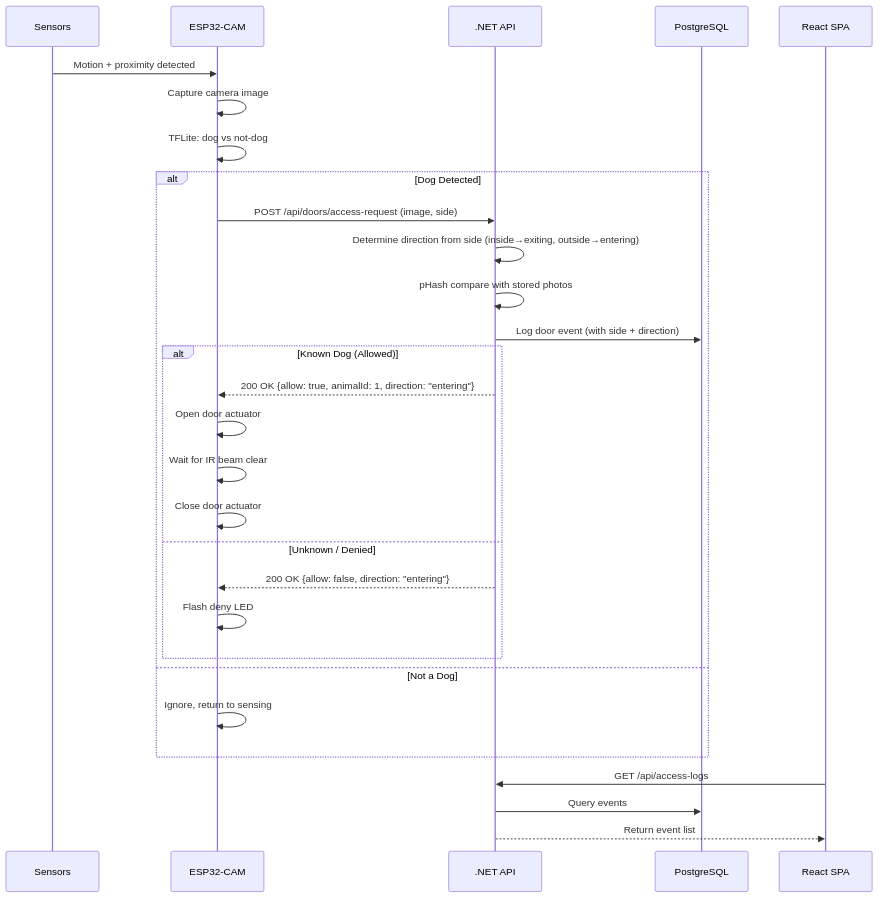
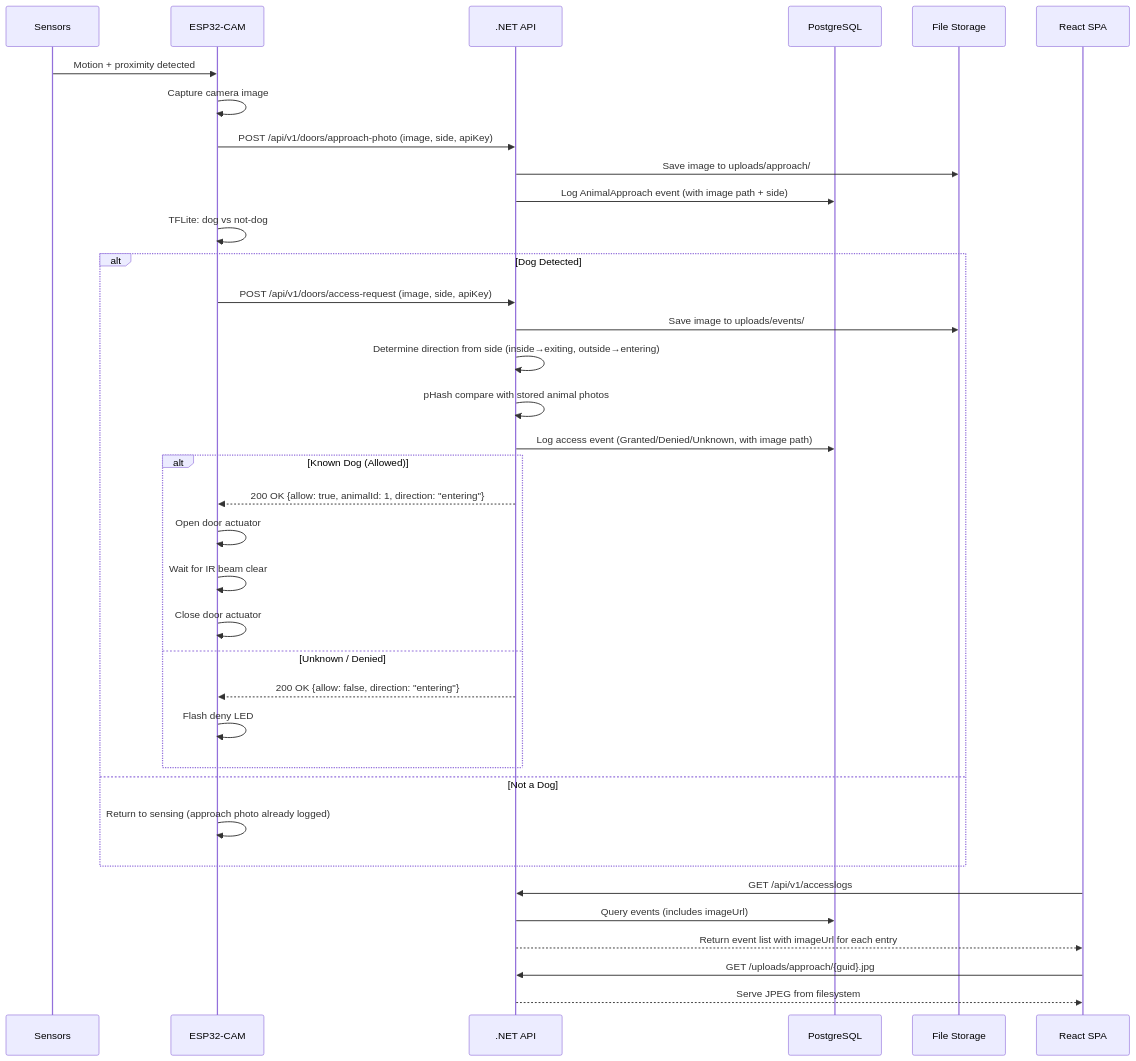
One commit to toddaheath/claude-arduino-dog-door changed the second of 2 diagrams in docs/architecture.md. Above: the diagram before and after it, drawn with Mermaid. The commit also changed other lines of this file and 16 other files, not shown here.

First line of the commit message:
Add approach photo capture for all detections and wiring diagrams (#61)

````diff
--- a/docs/architecture.md
+++ b/docs/architecture.md
@@ -50,35 +50,44 @@
 ```mermaid
 sequenceDiagram
     participant S as Sensors
     participant ESP as ESP32-CAM
     participant API as .NET API
     participant DB as PostgreSQL
+    participant FS as File Storage
     participant SPA as React SPA
 
     S->>ESP: Motion + proximity detected
     ESP->>ESP: Capture camera image
+
+    ESP->>API: POST /api/v1/doors/approach-photo (image, side, apiKey)
+    API->>FS: Save image to uploads/approach/
+    API->>DB: Log AnimalApproach event (with image path + side)
+
     ESP->>ESP: TFLite: dog vs not-dog
 
     alt Dog Detected
-        ESP->>API: POST /api/doors/access-request (image, side)
+        ESP->>API: POST /api/v1/doors/access-request (image, side, apiKey)
+        API->>FS: Save image to uploads/events/
         API->>API: Determine direction from side (inside→exiting, outside→entering)
-        API->>API: pHash compare with stored photos
-        API->>DB: Log door event (with side + direction)
+        API->>API: pHash compare with stored animal photos
+        API->>DB: Log access event (Granted/Denied/Unknown, with image path)
 
         alt Known Dog (Allowed)
             API-->>ESP: 200 OK {allow: true, animalId: 1, direction: "entering"}
             ESP->>ESP: Open door actuator
             ESP->>ESP: Wait for IR beam clear
             ESP->>ESP: Close door actuator
         else Unknown / Denied
             API-->>ESP: 200 OK {allow: false, direction: "entering"}
             ESP->>ESP: Flash deny LED
         end
     else Not a Dog
-        ESP->>ESP: Ignore, return to sensing
+        ESP->>ESP: Return to sensing (approach photo already logged)
     end
 
-    SPA->>API: GET /api/access-logs
-    API->>DB: Query events
-    API-->>SPA: Return event list
+    SPA->>API: GET /api/v1/accesslogs
+    API->>DB: Query events (includes imageUrl)
+    API-->>SPA: Return event list with imageUrl for each entry
+    SPA->>API: GET /uploads/approach/{guid}.jpg
+    API-->>SPA: Serve JPEG from filesystem
 ```
````
